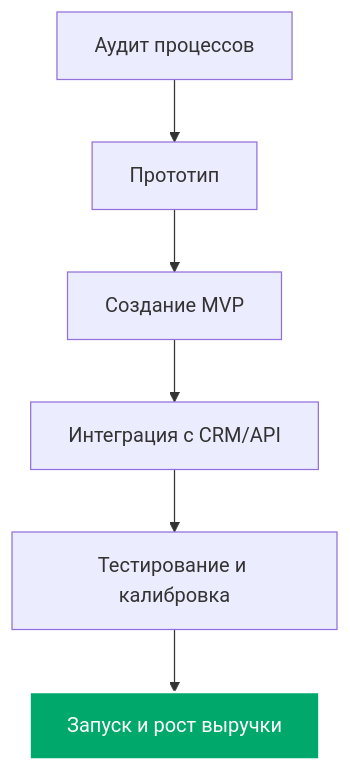
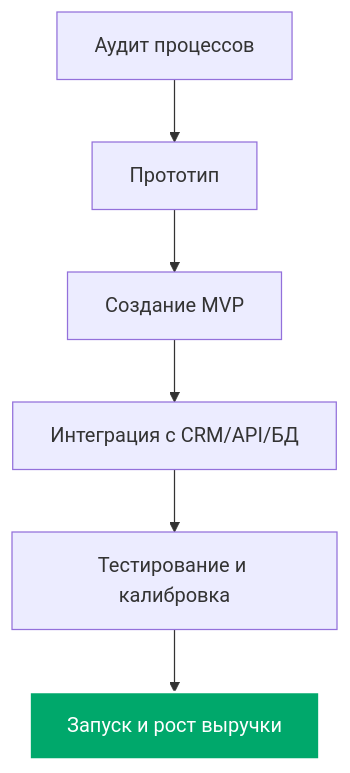
Before and after one commit to Asmadey/---: the diagram in README.md, drawn with Mermaid. The commit also changed other lines of this file, not shown here.

````diff
--- a/README.md
+++ b/README.md
@@ -81,9 +80,9 @@
 ```mermaid
 graph TD
     A[Аудит процессов] --> B[Прототип]
     B --> C[Создание MVP]
-    C --> D[Интеграция с CRM/API]
+    C --> D[Интеграция с CRM/API/БД]
     D --> E[Тестирование и калибровка]
     E --> F[Запуск и рост выручки]
     style F fill:#00A86B,stroke:#fff,stroke-width:2px,color:#fff
 ```
````
